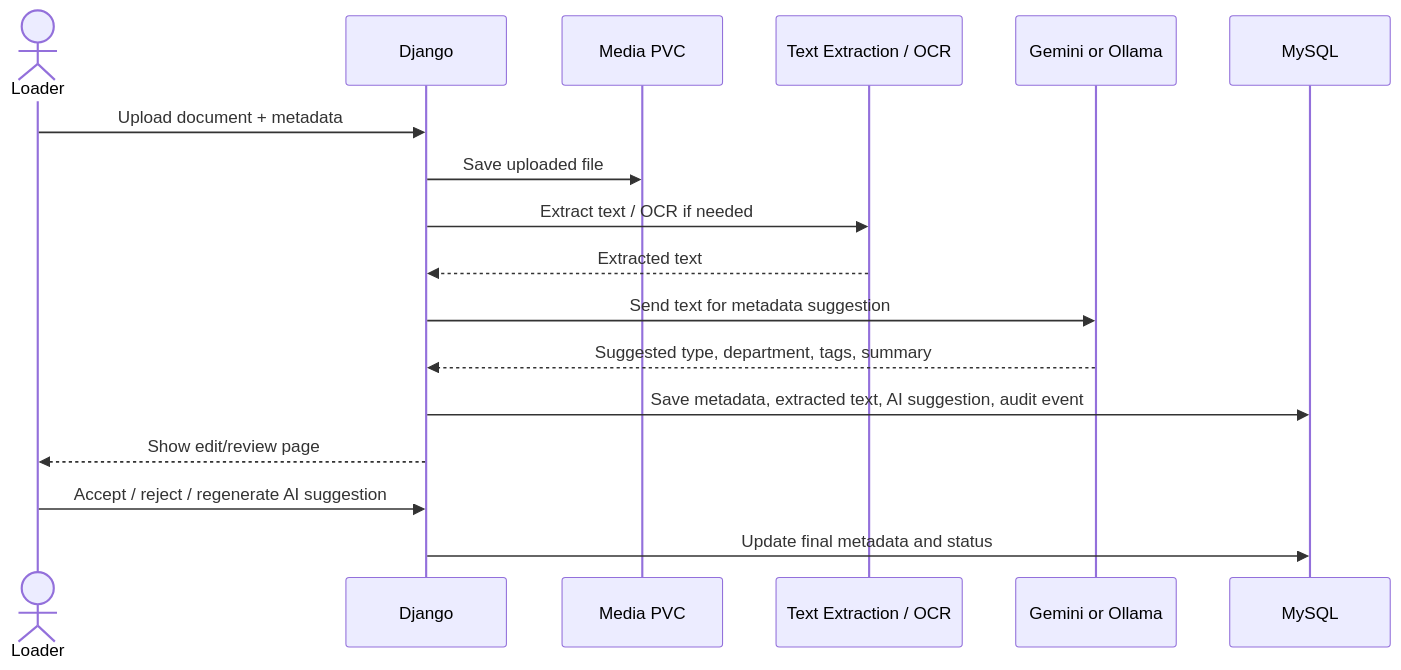
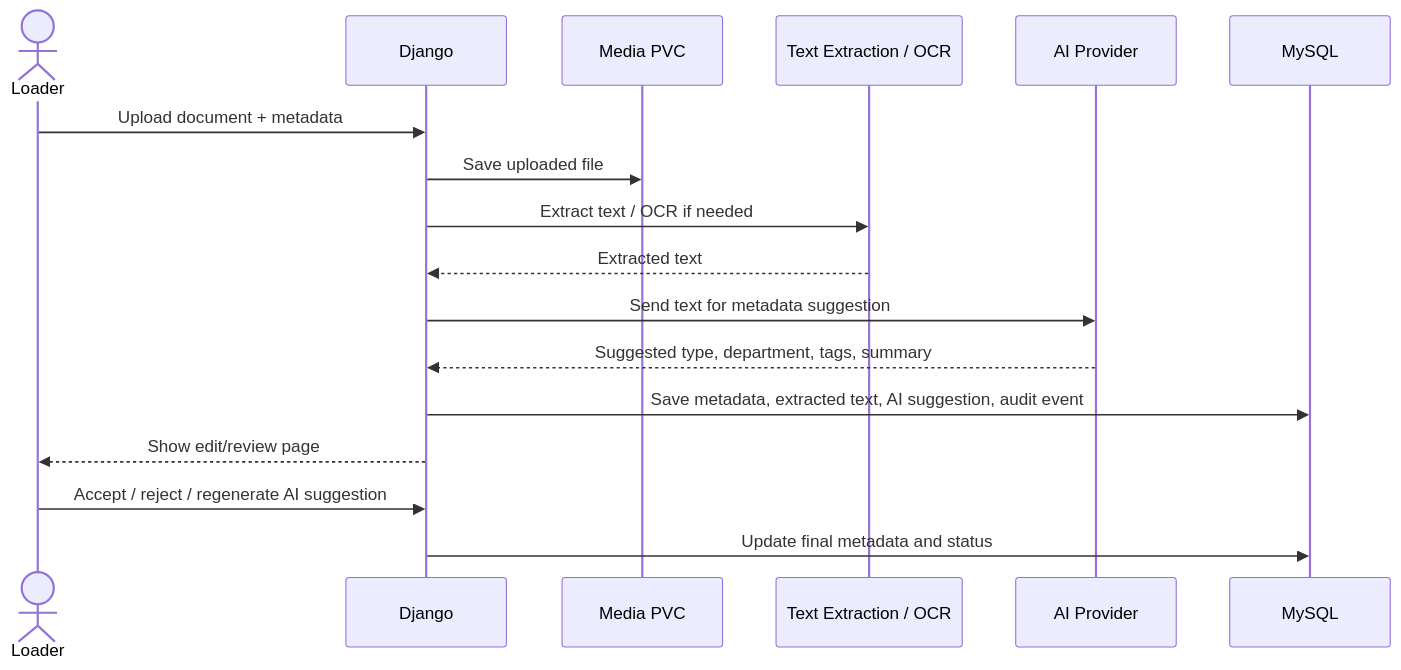
The first of 4 diagrams in docs/ai-workflow.md (khaliqueaws-creator/document-management), drawn with Mermaid before and after one commit. The commit also changed other lines of this file and 4 other files, not shown here.

Commit message:
Update architecture docs for Bedrock

````diff
--- a/docs/ai-workflow.md
+++ b/docs/ai-workflow.md
@@ -9,20 +9,20 @@
 ```mermaid
 sequenceDiagram
     actor Loader
     participant Django
     participant Media as Media PVC
     participant OCR as Text Extraction / OCR
-    participant AI as Gemini or Ollama
+    participant AI as AI Provider
     participant DB as MySQL
 
     Loader->>Django: Upload document + metadata
     Django->>Media: Save uploaded file
     Django->>OCR: Extract text / OCR if needed
     OCR-->>Django: Extracted text
     Django->>AI: Send text for metadata suggestion
     AI-->>Django: Suggested type, department, tags, summary
     Django->>DB: Save metadata, extracted text, AI suggestion, audit event
     Django-->>Loader: Show edit/review page
     Loader->>Django: Accept / reject / regenerate AI suggestion
     Django->>DB: Update final metadata and status
 ```
````
